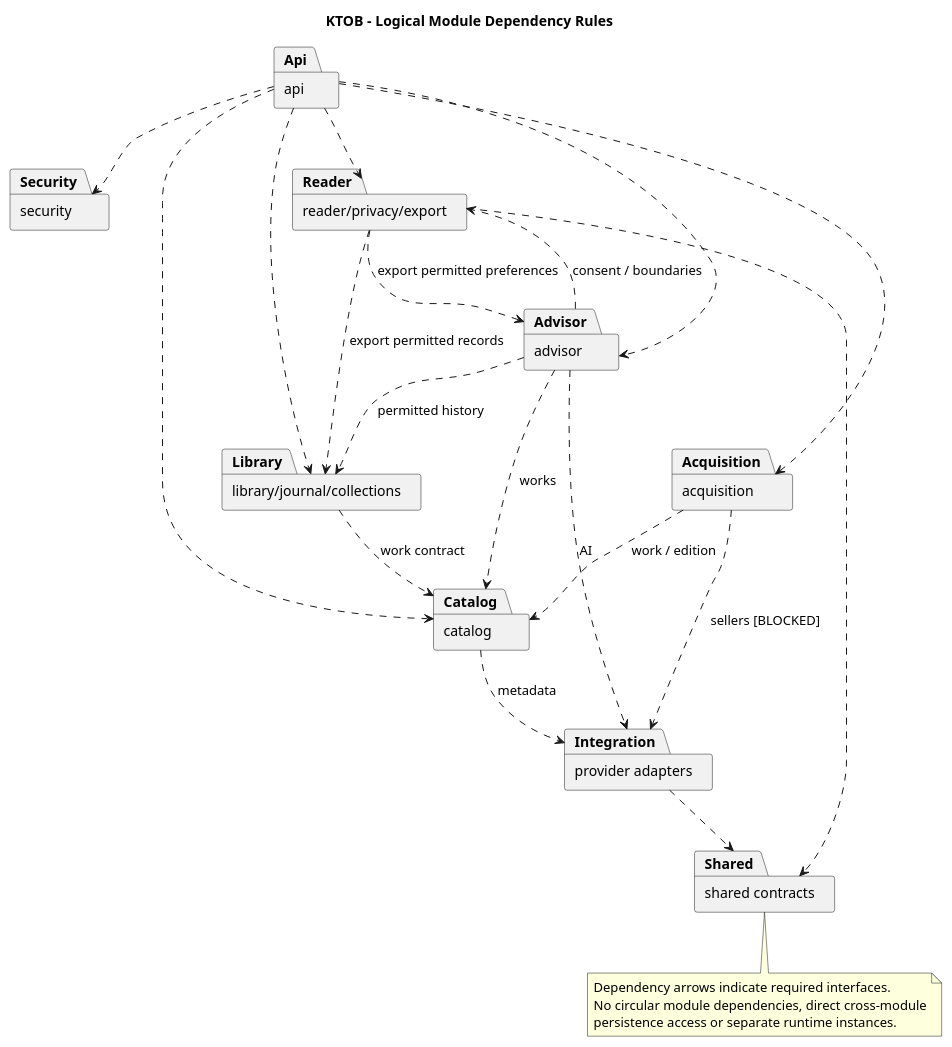
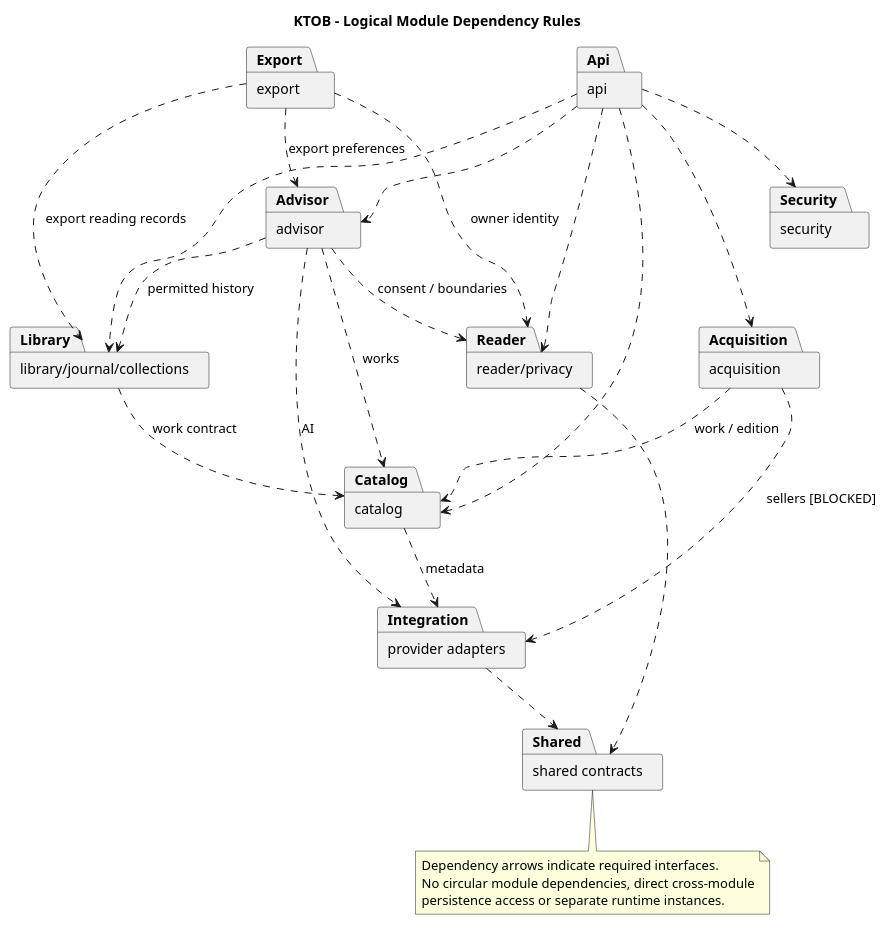
The diagram in docs/uml/06-packages.puml (Adam-BArbia/ktob-literary-companion), drawn with PlantUML before and after one commit. The commit also changed 2 other files, not shown here.

Commit message:
docs(uml): correct include direction and export dependency cycle

```diff
--- a/docs/uml/06-packages.puml
+++ b/docs/uml/06-packages.puml
@@ -1,35 +1,37 @@
 @startuml KTOB_06_packages
 title KTOB - Logical Module Dependency Rules
 package "api" as Api
 package "security" as Security
-package "reader/privacy/export" as Reader
+package "reader/privacy" as Reader
+package "export" as Export
 package "library/journal/collections" as Library
 package "catalog" as Catalog
 package "advisor" as Advisor
 package "acquisition" as Acquisition
 package "provider adapters" as Integration
 package "shared contracts" as Shared
 Api ..> Security
 Api ..> Reader
 Api ..> Library
 Api ..> Catalog
 Api ..> Advisor
 Api ..> Acquisition
 Reader ..> Shared
-Reader ..> Library : export permitted records
-Reader ..> Advisor : export permitted preferences
+Export ..> Reader : owner identity
+Export ..> Library : export reading records
+Export ..> Advisor : export preferences
 Library ..> Catalog : work contract
 Advisor ..> Reader : consent / boundaries
 Advisor ..> Library : permitted history
 Advisor ..> Catalog : works
 Acquisition ..> Catalog : work / edition
 Catalog ..> Integration : metadata
 Advisor ..> Integration : AI
 Acquisition ..> Integration : sellers [BLOCKED]
 Integration ..> Shared
 note bottom
 Dependency arrows indicate required interfaces.
 No circular module dependencies, direct cross-module
 persistence access or separate runtime instances.
 end note
 @enduml
```
